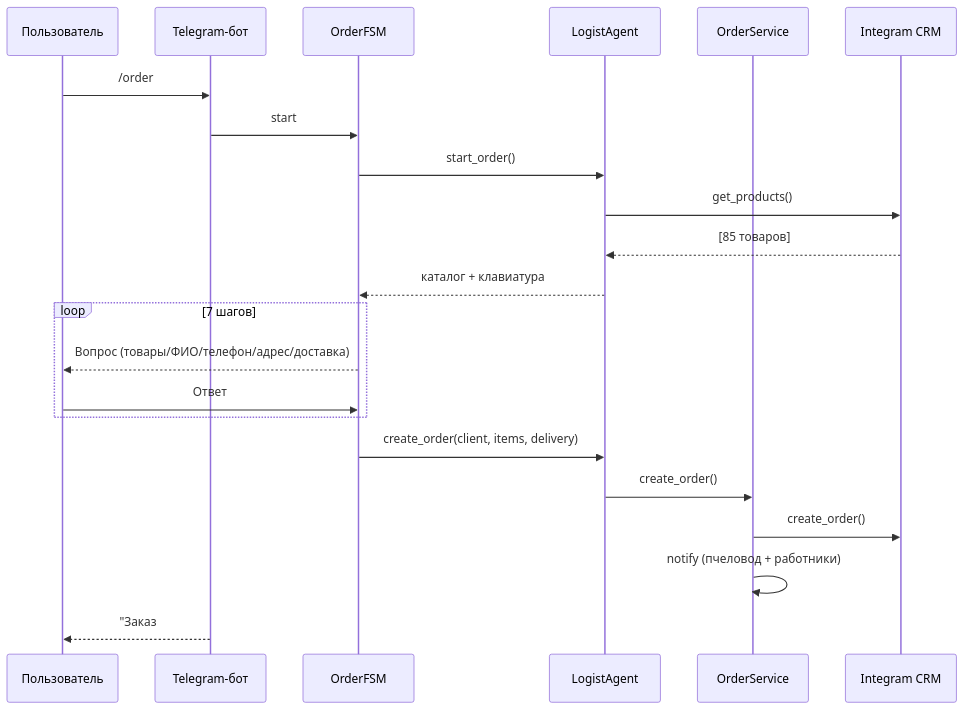
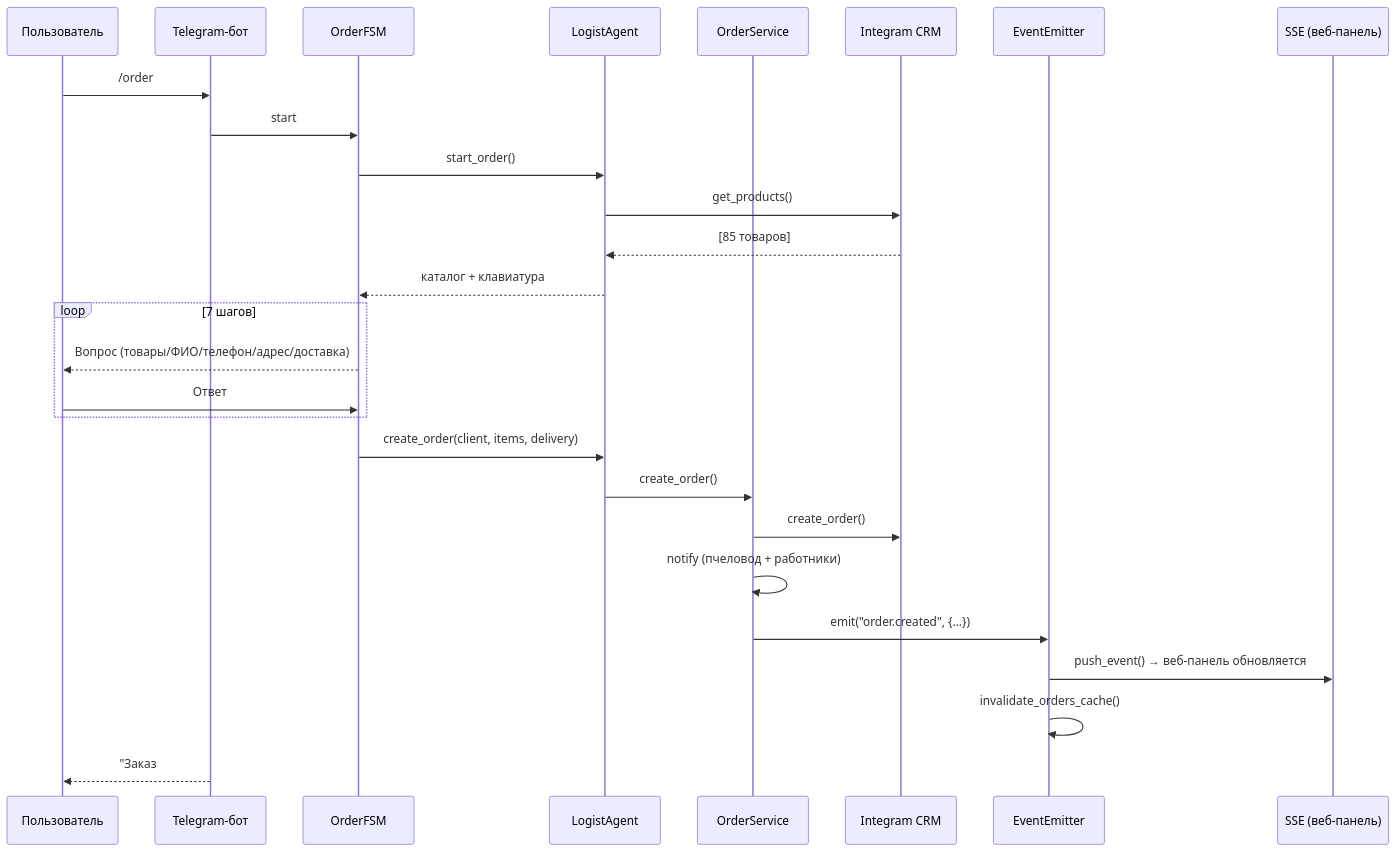
Diagram 14 of 15 in docs/architecture.md (unidel2035/BEEBOT), drawn with Mermaid before and after one commit. The commit also changed other lines of this file and 19 other files, not shown here.

````diff
--- a/docs/architecture.md
+++ b/docs/architecture.md
@@ -481,27 +576,32 @@
 ```mermaid
 sequenceDiagram
     participant User as Пользователь
     participant Bot as Telegram-бот
     participant FSM as OrderFSM
     participant Logist as LogistAgent
     participant OS as OrderService
     participant CRM as Integram CRM
+    participant EE as EventEmitter
+    participant SSE as SSE (веб-панель)
 
     User->>Bot: /order
     Bot->>FSM: start
     FSM->>Logist: start_order()
     Logist->>CRM: get_products()
     CRM-->>Logist: [85 товаров]
     Logist-->>FSM: каталог + клавиатура
 
     loop 7 шагов
         FSM-->>User: Вопрос (товары/ФИО/телефон/адрес/доставка)
         User->>FSM: Ответ
     end
 
     FSM->>Logist: create_order(client, items, delivery)
     Logist->>OS: create_order()
     OS->>CRM: create_order()
     OS->>OS: notify (пчеловод + работники)
+    OS->>EE: emit("order.created", {...})
+    EE->>SSE: push_event() → веб-панель обновляется
+    EE->>EE: invalidate_orders_cache()
     Bot-->>User: "Заказ #TG-20260402 создан!"
 ```
````
